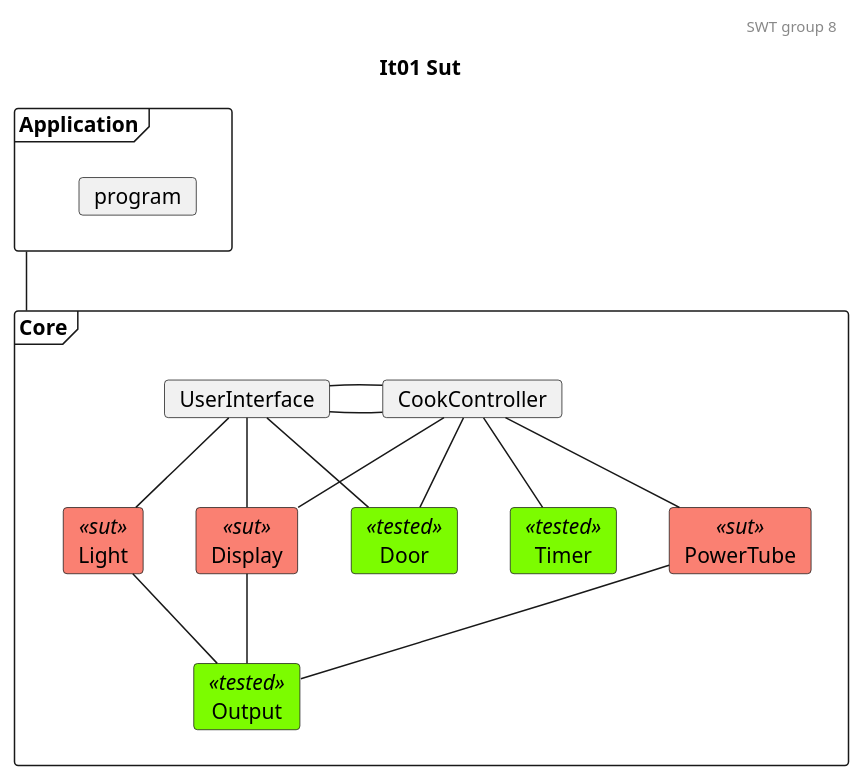
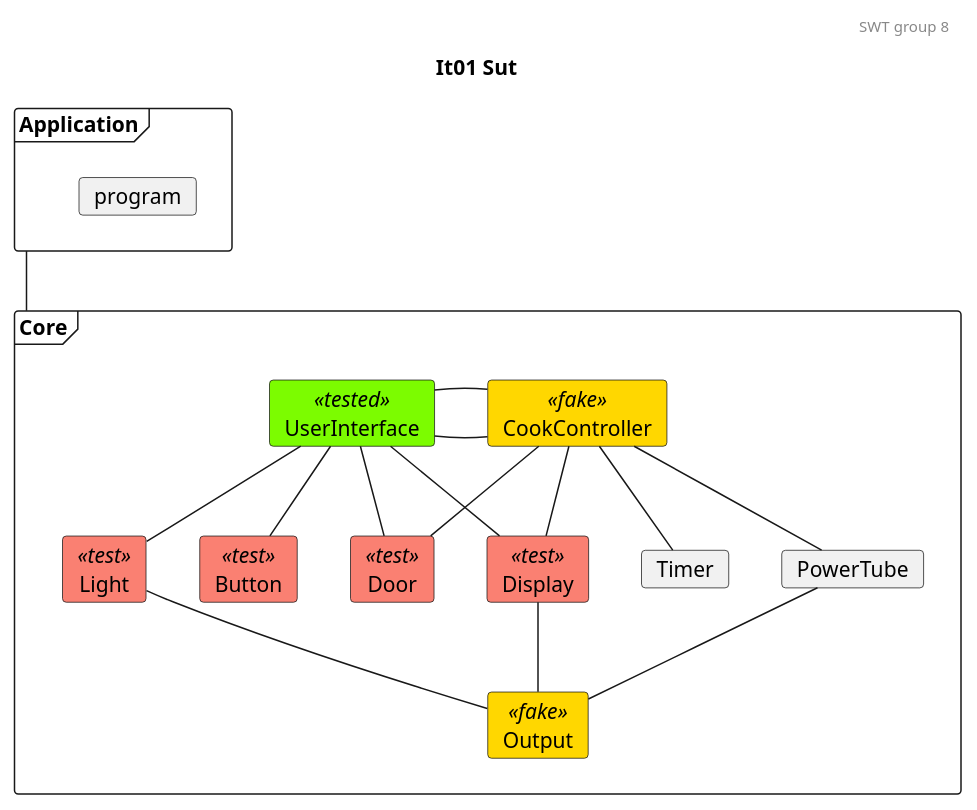
Before and after one commit to mikkel-ol/I4SWT-MicrowaveOven: the diagram in docs/SysTestTree1.plantuml, drawn with PlantUML. The commit also changed 5 other files, not shown here.

```diff
--- a/docs/SysTestTree1.plantuml
+++ b/docs/SysTestTree1.plantuml
@@ -1,57 +1,60 @@
 @startuml
 
 'Testing colors:
 skinparam card{
     backgroundColor<<tested>> lawngreen
     backgroundColor<<sut>> salmon
-    'backgroundColor<<tested>> gold
+    backgroundColor<<test>> salmon
+    backgroundColor<<fake>> gold
 }
 
 header SWT group 8
 title It01 Sut
 
 frame Application{
     card program
 }
 
 frame Core{
-    card UserInterface
-    card CookController 
+    card UserInterface<<tested>>
+    card CookController<<fake>>
 
-    card Door<<tested>>
-    card Light<<sut>>
-    card Timer<<tested>>
-    card PowerTube<<sut>>
-    card Display<<sut>>
-    card Output<<tested>>
+    card Door<<test>>
+    card Light<<test>>
+    card Timer
+    card PowerTube
+    card Display<<test>>
+    card Output<<fake>>
+    card Button<<test>>
 }
 
 'Relations projects
 ' 0. to 1.
 Application -- Core
 
 'Relations CookController:
 '1.
 CookController - UserInterface
 '1. to 2.
 CookController -- Door
 CookController -- Timer
 CookController -- PowerTube
 CookController -- Display
 
 'Relations UserInterface:
 '1.
 UserInterface - CookController
 '1. to 2.
 UserInterface -- Light
 UserInterface -- Door
 UserInterface -- Display
+UserInterface -- Button
 
 ' Relations 2. to 3.
 Light -- Output
 Display -- Output
 PowerTube -- Output
 
 
 
 @enduml
```
